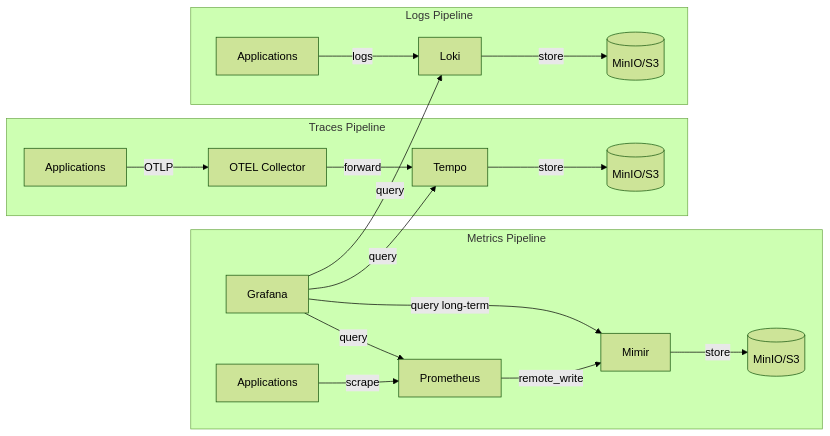
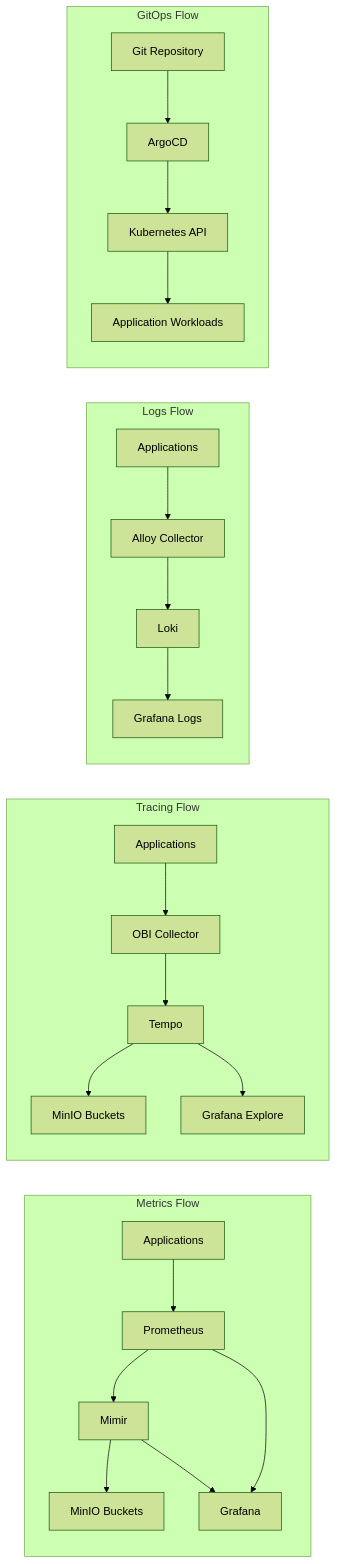
The sixth of 8 diagrams in docs/architecture.md (codesenju/kubelab), drawn with Mermaid (forest theme) before and after one commit. The commit also changed other lines of this file and 36 other files, not shown here.

````diff
--- a/docs/architecture.md
+++ b/docs/architecture.md
@@ -78,23 +213,29 @@
 ```mermaid
-flowchart LR
-    subgraph Metrics["Metrics Pipeline"]
-        APP1[Applications] -->|scrape| PROM[Prometheus]
-        PROM -->|remote_write| MIMIR[Mimir]
-        MIMIR -->|store| S3M[(MinIO/S3)]
-        GRAFANA[Grafana] -->|query| PROM
-        GRAFANA -->|query long-term| MIMIR
+graph LR
+    subgraph "Metrics Flow"
+        Apps[Applications] --> Prometheus
+        Prometheus --> Mimir
+        Mimir --> MinIO_Metrics[MinIO Buckets]
+        Prometheus --> Grafana
+        Mimir --> Grafana
     end
 
-    subgraph Traces["Traces Pipeline"]
-        APP2[Applications] -->|OTLP| OTEL[OTEL Collector]
-        OTEL -->|forward| TEMPO[Tempo]
-        TEMPO -->|store| S3T[(MinIO/S3)]
-        GRAFANA -->|query| TEMPO
+    subgraph "Tracing Flow"
+        Apps_Traces[Applications] --> OBI_Collector[OBI Collector]
+        OBI_Collector --> Tempo
+        Tempo --> MinIO_Traces[MinIO Buckets]
+        Tempo --> Grafana_Traces[Grafana Explore]
     end
 
-    subgraph Logs["Logs Pipeline"]
-        APP3[Applications] -->|logs| LOKI[Loki]
-        LOKI -->|store| S3L[(MinIO/S3)]
-        GRAFANA -->|query| LOKI
+    subgraph "Logs Flow"
+        Apps_Logs[Applications] --> Alloy[Alloy Collector]
+        Alloy --> Loki[Loki]
+        Loki --> Grafana_Logs[Grafana Logs]
+    end
+
+    subgraph "GitOps Flow"
+        Git_Repo[Git Repository] --> ArgoCD
+        ArgoCD --> K8s_API[Kubernetes API]
+        K8s_API --> Workloads[Application Workloads]
     end
 ```
````
